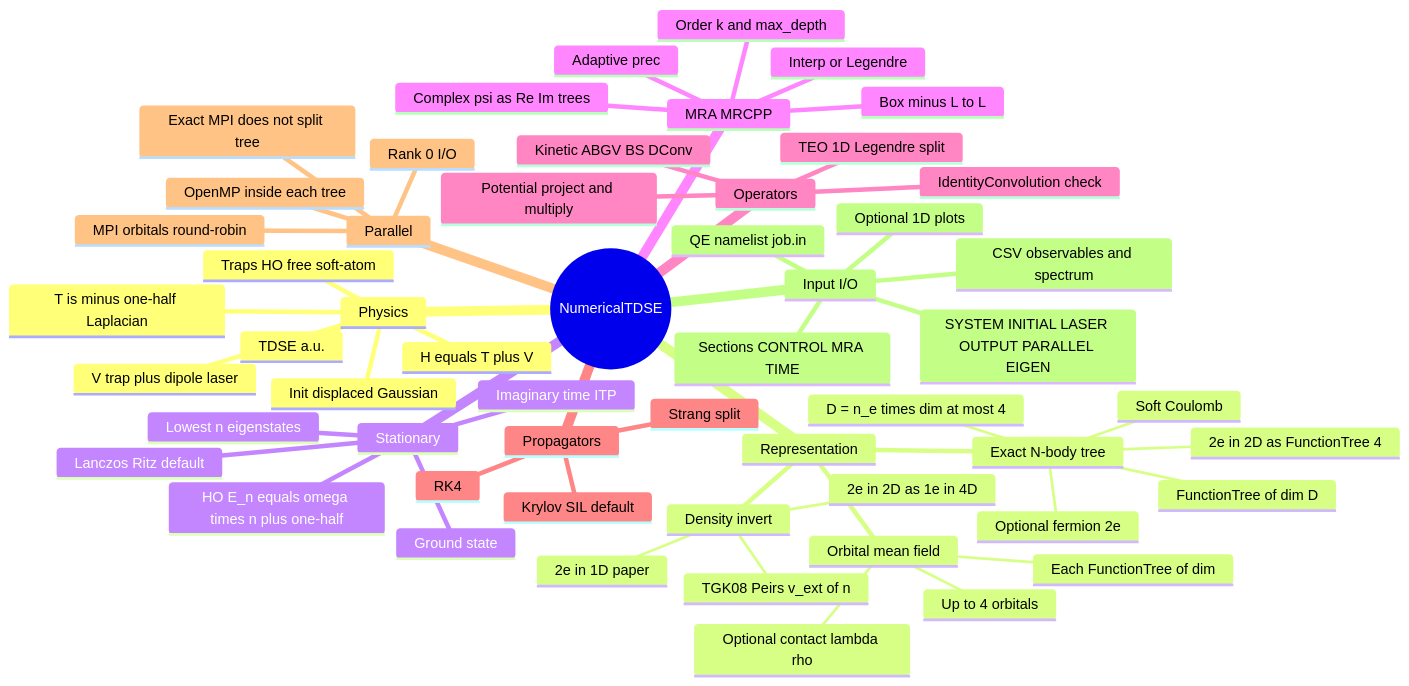
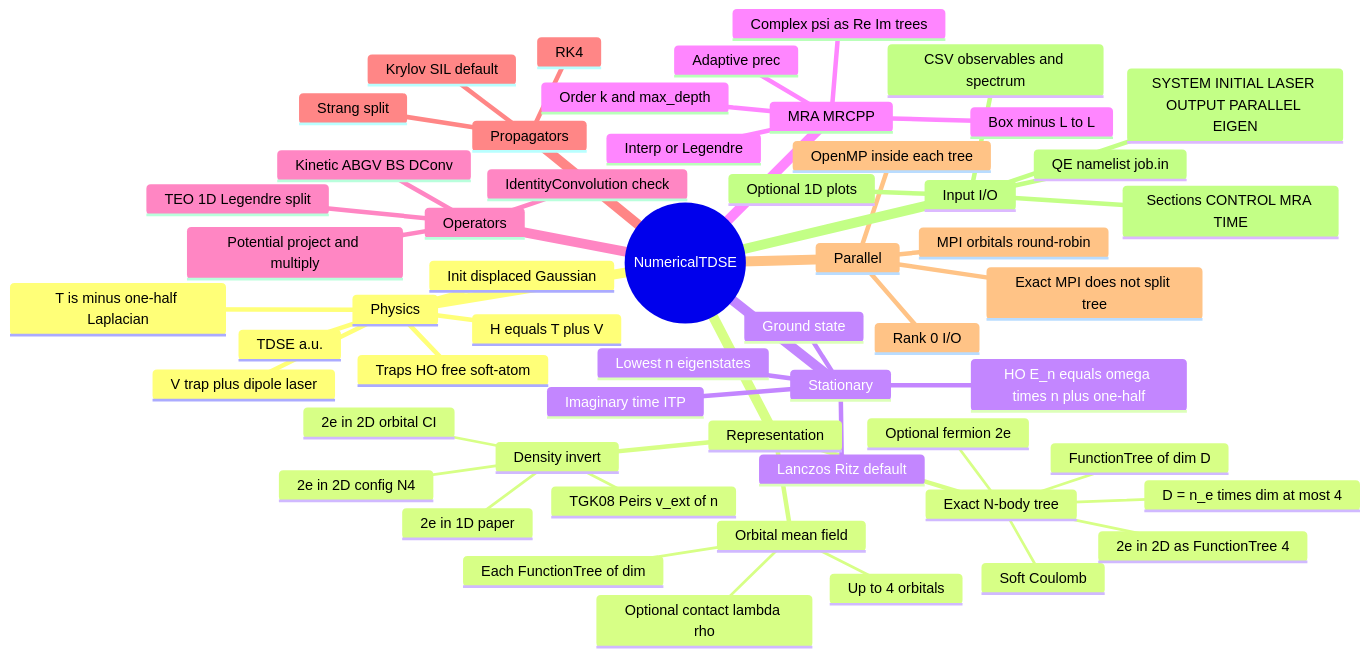
Before and after one commit to kluonju/NumericalTDSE: the first of 2 diagrams in README.md, drawn with Mermaid. The commit also changed other lines of this file and 15 other files, not shown here.

````diff
--- a/README.md
+++ b/README.md
@@ -16,58 +16,59 @@
 ```mermaid
 mindmap
   root((NumericalTDSE))
     Physics
       TDSE a.u.
       H equals T plus V
       T is minus one-half Laplacian
       V trap plus dipole laser
       Traps HO free soft-atom
       Init displaced Gaussian
     Representation
       Exact N-body tree
         D = n_e times dim at most 4
         FunctionTree of dim D
         Soft Coulomb
         Optional fermion 2e
         2e in 2D as FunctionTree 4
       Density invert
         TGK08 Peirs v_ext of n
         2e in 1D paper
-        2e in 2D as 1e in 4D
+        2e in 2D config N4
+        2e in 2D orbital CI
       Orbital mean field
         Up to 4 orbitals
         Each FunctionTree of dim
         Optional contact lambda rho
     Stationary
       Ground state
       Lowest n eigenstates
       Lanczos Ritz default
       Imaginary time ITP
       HO E_n equals omega times n plus one-half
     MRA MRCPP
       Box minus L to L
       Order k and max_depth
       Adaptive prec
       Interp or Legendre
       Complex psi as Re Im trees
     Operators
       Kinetic ABGV BS DConv
       Potential project and multiply
       IdentityConvolution check
       TEO 1D Legendre split
     Propagators
       Krylov SIL default
       Strang split
       RK4
     Parallel
       OpenMP inside each tree
       MPI orbitals round-robin
       Rank 0 I/O
       Exact MPI does not split tree
     Input I/O
       QE namelist job.in
       Sections CONTROL MRA TIME
       SYSTEM INITIAL LASER OUTPUT PARALLEL EIGEN
       CSV observables and spectrum
       Optional 1D plots
 ```
````
